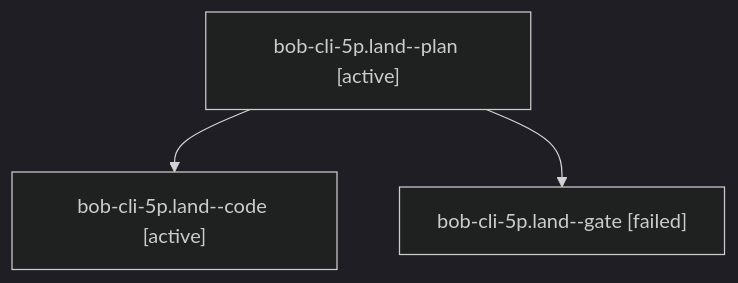
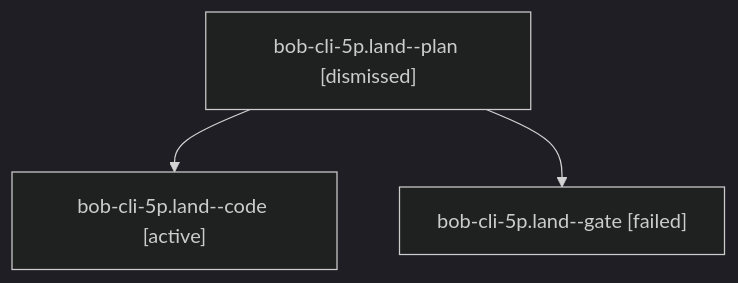
One commit to bobs-org/bob-cli--agents changed the diagram in sessions/bbugyi200.athena.bob-cli-5p.land.md. Above: the diagram before and after it, drawn with Mermaid (dark theme). The commit also changed other lines of this file and 103 other files, not shown here.

````diff
--- a/sessions/bbugyi200.athena.bob-cli-5p.land.md
+++ b/sessions/bbugyi200.athena.bob-cli-5p.land.md
@@ -9,8 +9,8 @@
 ```mermaid
 flowchart TD
-  n0["bob-cli-5p.land--plan [active]"]
+  n0["bob-cli-5p.land--plan [dismissed]"]
   n1["bob-cli-5p.land--code [active]"]
   n0 --> n1
   n2["bob-cli-5p.land--gate [failed]"]
   n0 --> n2
 ```
````
